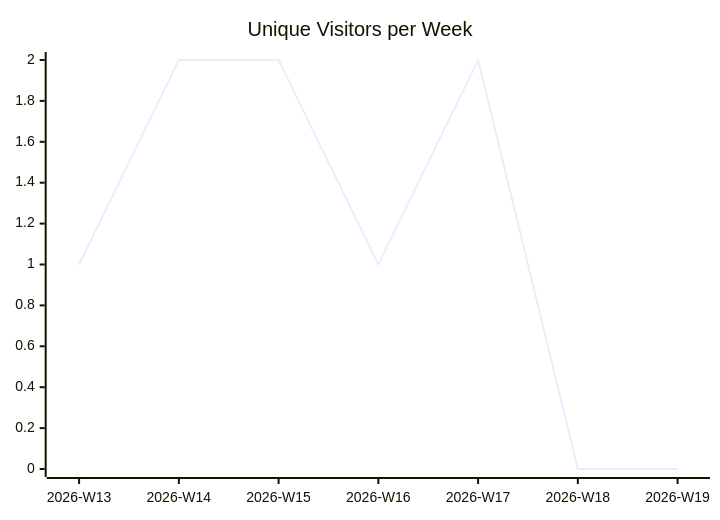
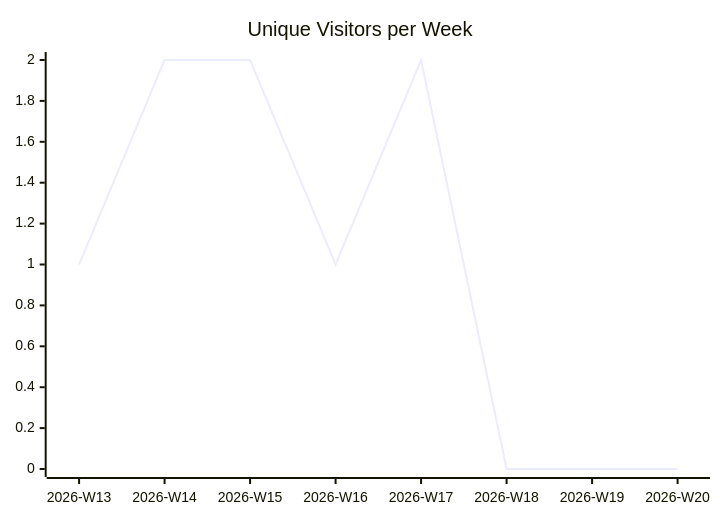
The first of 3 diagrams in karlmdavis/fhir-benchmarks/README.md (justdavis-family/github-analytics-data), drawn with Mermaid before and after one commit. The commit also changed other lines of this file and 176 other files, not shown here.

````diff
--- a/karlmdavis/fhir-benchmarks/README.md
+++ b/karlmdavis/fhir-benchmarks/README.md
@@ -5,6 +5,6 @@
 ```mermaid
 xychart-beta
   title "Unique Visitors per Week"
-  x-axis ["2026-W13", "2026-W14", "2026-W15", "2026-W16", "2026-W17", "2026-W18", "2026-W19"]
-  line [1, 2, 2, 1, 2, 0, 0]
+  x-axis ["2026-W13", "2026-W14", "2026-W15", "2026-W16", "2026-W17", "2026-W18", "2026-W19", "2026-W20"]
+  line [1, 2, 2, 1, 2, 0, 0, 0]
 ```
````
